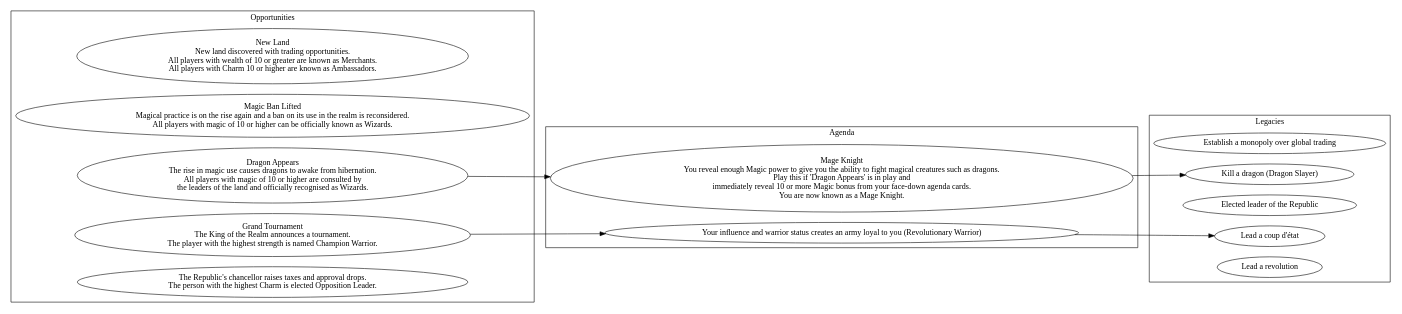
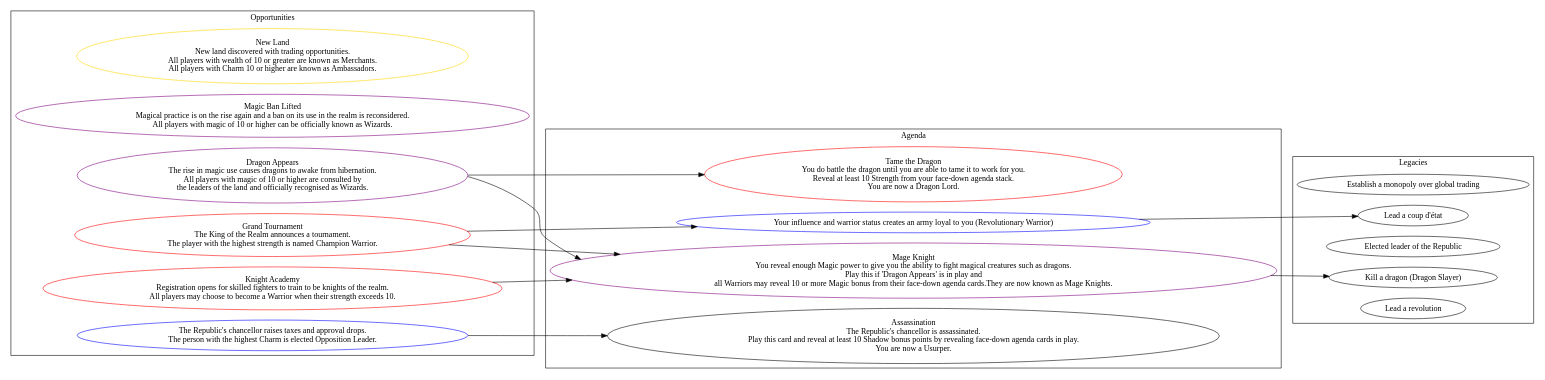
One commit to avengerpenguin/legacy changed the diagram in endgame.dot. Above: the diagram before and after it, drawn with Graphviz. The commit also changed 1 other file, not shown here.

Commit message:
Fleshed out a lot more endgame card ideas

```diff
--- a/endgame.dot
+++ b/endgame.dot
@@ -1,37 +1,43 @@
 digraph g {
     rankdir=LR;
 
     // Opportunities
     subgraph cluster_opportunities {
         label="Opportunities";
-        trading [label="New Land\nNew land discovered with trading opportunities.\nAll players with wealth of 10 or greater are known as Merchants.\nAll players with Charm 10 or higher are known as Ambassadors."];
-        magic_legal [label="Magic Ban Lifted\nMagical practice is on the rise again and a ban on its use in the realm is reconsidered.\nAll players with magic of 10 or higher can be officially known as Wizards."];
-        dragon_appears [label="Dragon Appears\nThe rise in magic use causes dragons to awake from hibernation.\nAll players with magic of 10 or higher are consulted by\nthe leaders of the land and officially recognised as Wizards."];
-        champion_warrior [label="Grand Tournament\nThe King of the Realm announces a tournament.\nThe player with the highest strength is named Champion Warrior."];
-        unpopular_leader [label="The Republic's chancellor raises taxes and approval drops.\nThe person with the highest Charm is elected Opposition Leader."];
+        trading [color=gold,label="New Land\nNew land discovered with trading opportunities.\nAll players with wealth of 10 or greater are known as Merchants.\nAll players with Charm 10 or higher are known as Ambassadors."];
+        magic_legal [color=purple,label="Magic Ban Lifted\nMagical practice is on the rise again and a ban on its use in the realm is reconsidered.\nAll players with magic of 10 or higher can be officially known as Wizards."];
+        dragon_appears [color=purple,label="Dragon Appears\nThe rise in magic use causes dragons to awake from hibernation.\nAll players with magic of 10 or higher are consulted by\nthe leaders of the land and officially recognised as Wizards."];
+        champion_warrior [color=red,label="Grand Tournament\nThe King of the Realm announces a tournament.\nThe player with the highest strength is named Champion Warrior."];
+        unpopular_leader [color=blue,label="The Republic's chancellor raises taxes and approval drops.\nThe person with the highest Charm is elected Opposition Leader."];
+        knight_academy [color=red,label="Knight Academy\nRegistration opens for skilled fighters to train to be knights of the realm.\nAll players may choose to become a Warrior when their strength exceeds 10."];
     }
 
     // Agenda
     subgraph cluster_agenda {
         label="Agenda";
-        dragon_quest [label="Mage Knight\nYou reveal enough Magic power to give you the ability to fight magical creatures such as dragons.\nPlay this if 'Dragon Appears' is in play and\nimmediately reveal 10 or more Magic bonus from your face-down agenda cards.\nYou are now known as a Mage Knight."];
-        underground_rebellion [label="Your influence and warrior status creates an army loyal to you (Revolutionary Warrior)"];
+        dragon_quest [color=purple,label="Mage Knight\nYou reveal enough Magic power to give you the ability to fight magical creatures such as dragons.\nPlay this if 'Dragon Appears' is in play and\nall Warriors may reveal 10 or more Magic bonus from their face-down agenda cards.\They are now known as Mage Knights."];
+        underground_rebellion [color=blue,label="Your influence and warrior status creates an army loyal to you (Revolutionary Warrior)"];
+        assassination [color=black,label="Assassination\nThe Republic's chancellor is assassinated.\nPlay this card and reveal at least 10 Shadow bonus points by revealing face-down agenda cards in play.\nYou are now a Usurper."];
+        tame_dragon [color=red,label="Tame the Dragon\nYou do battle the dragon until you are able to tame it to work for you.\nReveal at least 10 Strength from your face-down agenda stack.\nYou are now a Dragon Lord."];
     }
 
     // Legacies
     subgraph cluster_legacies {
         label="Legacies";
         monopoly [label="Establish a monopoly over global trading"];
         slay_dragon [label="Kill a dragon (Dragon Slayer)"];
         elected [label="Elected leader of the Republic"];
         coup [label="Lead a coup d'état"];
         revolution [label="Lead a revolution"];
     }
 
     // Paths
     dragon_appears -> dragon_quest;
+    dragon_appears -> tame_dragon;
     dragon_quest -> slay_dragon;
+    knight_academy -> dragon_quest;
+    champion_warrior -> dragon_quest;
     champion_warrior -> underground_rebellion;
     underground_rebellion -> coup;
-
+    unpopular_leader -> assassination;
 }
```
